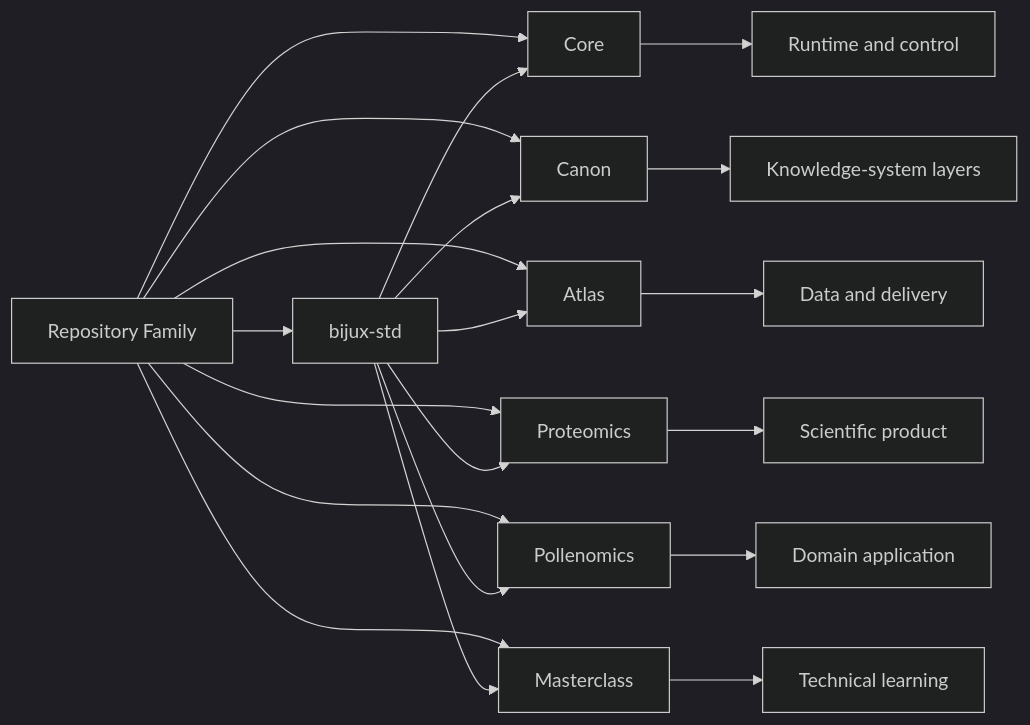
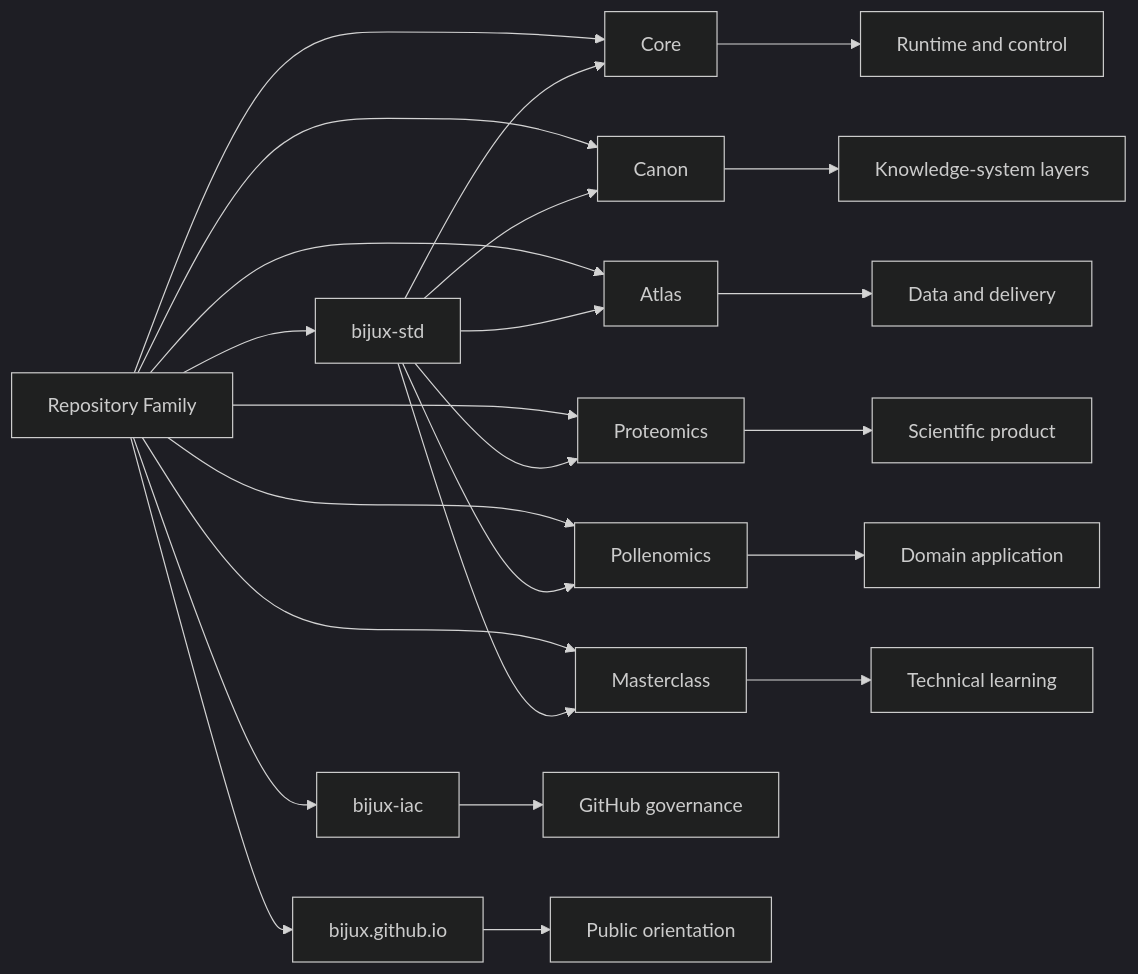
One commit to bijux/bijux.github.io changed the diagram in docs/01-platform/repository-matrix/index.md. Above: the diagram before and after it, drawn with Mermaid (dark theme). The commit also changed other lines of this file and 1 other file, not shown here.

Commit message:
docs(platform): complete the repository ownership map

````diff
--- a/docs/01-platform/repository-matrix/index.md
+++ b/docs/01-platform/repository-matrix/index.md
@@ -20,25 +20,31 @@
 ```mermaid
 graph LR
+    iac["bijux-iac"]
+    hub["bijux.github.io"]
     std["bijux-std"]
     family["Repository Family"] --> core["Core"]
     family --> canon["Canon"]
     family --> atlas["Atlas"]
     family --> proteomics["Proteomics"]
     family --> pollenomics["Pollenomics"]
     family --> masterclass["Masterclass"]
+    family --> iac
+    family --> hub
     family --> std
 
+    iac --> governance["GitHub governance"]
+    hub --> orientation["Public orientation"]
     core --> runtime["Runtime and control"]
     canon --> knowledge["Knowledge-system layers"]
     atlas --> delivery["Data and delivery"]
     proteomics --> scientific["Scientific product"]
     pollenomics --> domain["Domain application"]
     masterclass --> learning["Technical learning"]
 
     std --> core
     std --> canon
     std --> atlas
     std --> proteomics
     std --> pollenomics
     std --> masterclass
 ```
````
